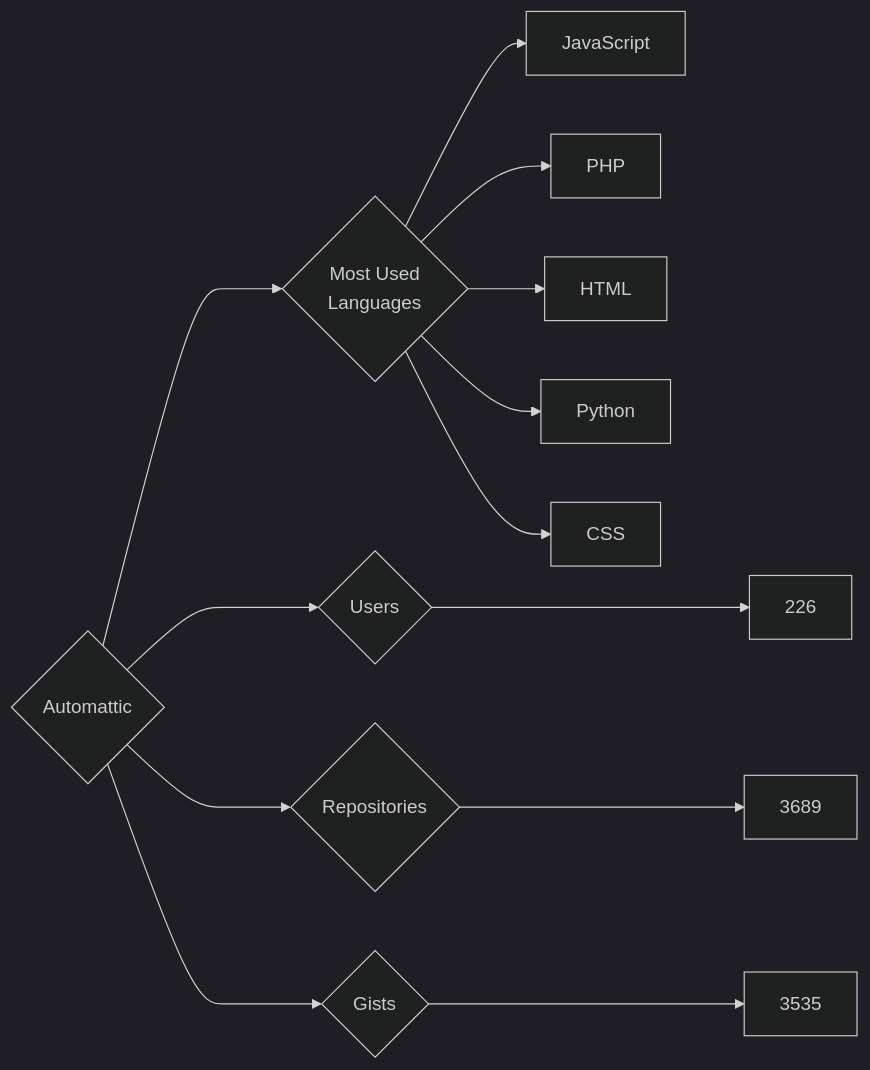
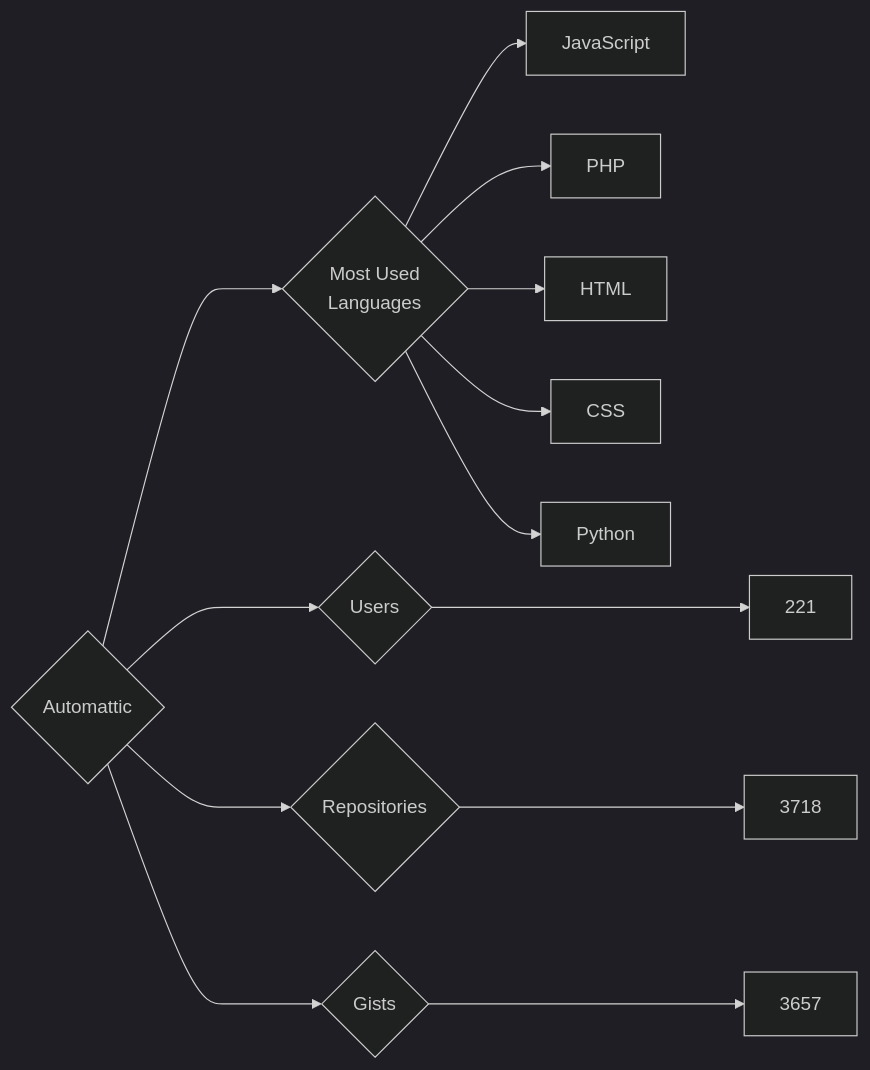
The diagram in targets/Automattic/README.md (trickest/insiders), drawn with Mermaid (dark theme) before and after one commit. The commit also changed 953 other files, not shown here.

````diff
--- a/targets/Automattic/README.md
+++ b/targets/Automattic/README.md
@@ -3,13 +3,13 @@
 ```mermaid
 graph LR
 COMPANY_NAME{Automattic}
-COMPANY_NAME ---> U{Users} ---> UN[226]
-COMPANY_NAME ---> R{Repositories} ---> RN[3689]
-COMPANY_NAME ---> G{Gists} ---> GN[3535]
+COMPANY_NAME ---> U{Users} ---> UN[221]
+COMPANY_NAME ---> R{Repositories} ---> RN[3718]
+COMPANY_NAME ---> G{Gists} ---> GN[3657]
 COMPANY_NAME ---> ML{Most Used<br>Languages}
 ML --> JavaScript[JavaScript]
 ML --> PHP[PHP]
 ML --> HTML[HTML]
+ML --> CSS[CSS]
 ML --> Python[Python]
-ML --> CSS[CSS]
 ```
````
